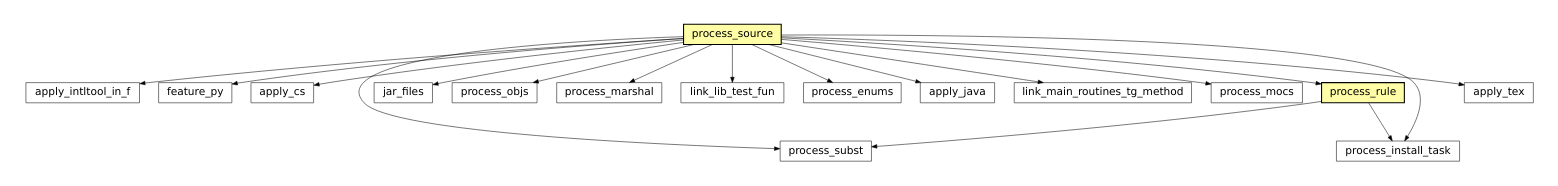
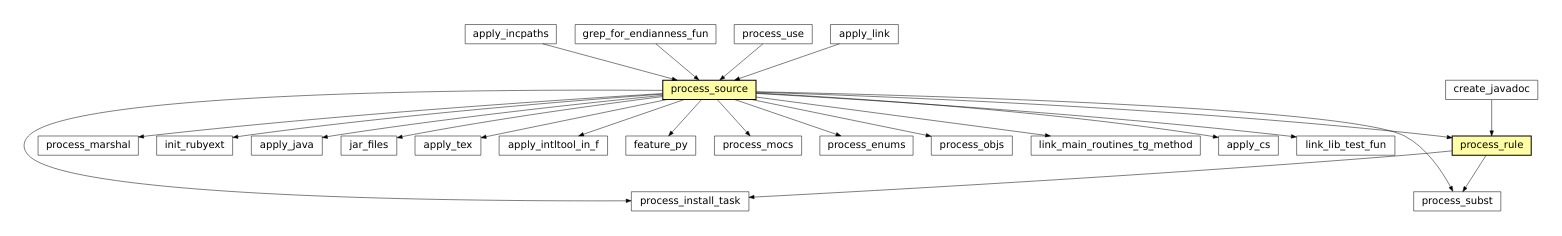
The first of 45 diagrams in docs/sphinx/featuremap.rst (electronicvisions/waf), drawn with Graphviz before and after one commit. The commit also changed other lines of this file and 1 other file, not shown here.

Commit message:
Show all connections in the feature maps

```diff
--- a/docs/sphinx/featuremap.rst
+++ b/docs/sphinx/featuremap.rst
@@ -10,38 +10,50 @@
 .. graphviz::
 
 	digraph feature_all {
 		size="8.0, 12.0";
-		apply_intltool_in_f [style="setlinewidth(0.5)",URL="tools/intltool.html#waflib.Tools.intltool.apply_intltool_in_f",target="_top",fontname="Vera Sans, DejaVu Sans, Liberation Sans, Arial, Helvetica, sans",height=0.25,shape="rectangle",fontsize=10];
-		feature_py [style="setlinewidth(0.5)",URL="tools/python.html#waflib.Tools.python.feature_py",target="_top",fontname="Vera Sans, DejaVu Sans, Liberation Sans, Arial, Helvetica, sans",height=0.25,shape="rectangle",fontsize=10];
-		apply_cs [style="setlinewidth(0.5)",URL="tools/cs.html#waflib.Tools.cs.apply_cs",target="_top",fontname="Vera Sans, DejaVu Sans, Liberation Sans, Arial, Helvetica, sans",height=0.25,shape="rectangle",fontsize=10];
-		process_source [style="setlinewidth(0.5)",URL="TaskGen.html#waflib.TaskGen.process_source",target="_top",fontname="Vera Sans, DejaVu Sans, Liberation Sans, Arial, Helvetica, sans",height=0.25,shape="rectangle",fontsize=10,fillcolor="#fffea6",style=filled];
-		process_rule [style="setlinewidth(0.5)",URL="TaskGen.html#waflib.TaskGen.process_rule",target="_top",fontname="Vera Sans, DejaVu Sans, Liberation Sans, Arial, Helvetica, sans",height=0.25,shape="rectangle",fontsize=10,fillcolor="#fffea6",style=filled];
-		jar_files [style="setlinewidth(0.5)",URL="tools/javaw.html#waflib.Tools.javaw.jar_files",target="_top",fontname="Vera Sans, DejaVu Sans, Liberation Sans, Arial, Helvetica, sans",height=0.25,shape="rectangle",fontsize=10];
-		process_objs [style="setlinewidth(0.5)",URL="tools/ccroot.html#waflib.Tools.ccroot.process_objs",target="_top",fontname="Vera Sans, DejaVu Sans, Liberation Sans, Arial, Helvetica, sans",height=0.25,shape="rectangle",fontsize=10];
-		process_marshal [style="setlinewidth(0.5)",URL="tools/glib2.html#waflib.Tools.glib2.process_marshal",target="_top",fontname="Vera Sans, DejaVu Sans, Liberation Sans, Arial, Helvetica, sans",height=0.25,shape="rectangle",fontsize=10];
-		link_lib_test_fun [style="setlinewidth(0.5)",URL="tools/c_tests.html#waflib.Tools.c_tests.link_lib_test_fun",target="_top",fontname="Vera Sans, DejaVu Sans, Liberation Sans, Arial, Helvetica, sans",height=0.25,shape="rectangle",fontsize=10];
-		process_enums [style="setlinewidth(0.5)",URL="tools/glib2.html#waflib.Tools.glib2.process_enums",target="_top",fontname="Vera Sans, DejaVu Sans, Liberation Sans, Arial, Helvetica, sans",height=0.25,shape="rectangle",fontsize=10];
-		apply_java [style="setlinewidth(0.5)",URL="tools/javaw.html#waflib.Tools.javaw.apply_java",target="_top",fontname="Vera Sans, DejaVu Sans, Liberation Sans, Arial, Helvetica, sans",height=0.25,shape="rectangle",fontsize=10];
-		link_main_routines_tg_method [style="setlinewidth(0.5)",URL="tools/fc_config.html#waflib.Tools.fc_config.link_main_routines_tg_method",target="_top",fontname="Vera Sans, DejaVu Sans, Liberation Sans, Arial, Helvetica, sans",height=0.25,shape="rectangle",fontsize=10];
-		process_mocs [style="setlinewidth(0.5)",URL="tools/qt5.html#waflib.Tools.qt5.process_mocs",target="_top",fontname="Vera Sans, DejaVu Sans, Liberation Sans, Arial, Helvetica, sans",height=0.25,shape="rectangle",fontsize=10];
-		process_subst [style="setlinewidth(0.5)",URL="TaskGen.html#waflib.TaskGen.process_subst",target="_top",fontname="Vera Sans, DejaVu Sans, Liberation Sans, Arial, Helvetica, sans",height=0.25,shape="rectangle",fontsize=10];
-		process_install_task [style="setlinewidth(0.5)",URL="Build.html#waflib.Build.process_install_task",target="_top",fontname="Vera Sans, DejaVu Sans, Liberation Sans, Arial, Helvetica, sans",height=0.25,shape="rectangle",fontsize=10];
-		apply_tex [style="setlinewidth(0.5)",URL="tools/tex.html#waflib.Tools.tex.apply_tex",target="_top",fontname="Vera Sans, DejaVu Sans, Liberation Sans, Arial, Helvetica, sans",height=0.25,shape="rectangle",fontsize=10];
-		"process_rule" -> "process_subst" [arrowsize=0.5,style="setlinewidth(0.5)"];
-		"process_rule" -> "process_install_task" [arrowsize=0.5,style="setlinewidth(0.5)"];
+		"apply_incpaths" [style="setlinewidth(0.5)",URL="tools/ccroot.html#waflib.Tools.ccroot.apply_incpaths",target="_top",fontname="Vera Sans, DejaVu Sans, Liberation Sans, Arial, Helvetica, sans",height=0.25,shape="rectangle",fontsize=10];
+		"grep_for_endianness_fun" [style="setlinewidth(0.5)",URL="tools/c_tests.html#waflib.Tools.c_tests.grep_for_endianness_fun",target="_top",fontname="Vera Sans, DejaVu Sans, Liberation Sans, Arial, Helvetica, sans",height=0.25,shape="rectangle",fontsize=10];
+		"link_lib_test_fun" [style="setlinewidth(0.5)",URL="tools/c_tests.html#waflib.Tools.c_tests.link_lib_test_fun",target="_top",fontname="Vera Sans, DejaVu Sans, Liberation Sans, Arial, Helvetica, sans",height=0.25,shape="rectangle",fontsize=10];
+		"process_install_task" [style="setlinewidth(0.5)",URL="Build.html#waflib.Build.process_install_task",target="_top",fontname="Vera Sans, DejaVu Sans, Liberation Sans, Arial, Helvetica, sans",height=0.25,shape="rectangle",fontsize=10];
+		"process_use" [style="setlinewidth(0.5)",URL="tools/ccroot.html#waflib.Tools.ccroot.process_use",target="_top",fontname="Vera Sans, DejaVu Sans, Liberation Sans, Arial, Helvetica, sans",height=0.25,shape="rectangle",fontsize=10];
+		"create_javadoc" [style="setlinewidth(0.5)",URL="tools/javaw.html#waflib.Tools.javaw.create_javadoc",target="_top",fontname="Vera Sans, DejaVu Sans, Liberation Sans, Arial, Helvetica, sans",height=0.25,shape="rectangle",fontsize=10];
+		"process_subst" [style="setlinewidth(0.5)",URL="TaskGen.html#waflib.TaskGen.process_subst",target="_top",fontname="Vera Sans, DejaVu Sans, Liberation Sans, Arial, Helvetica, sans",height=0.25,shape="rectangle",fontsize=10];
+		"apply_link" [style="setlinewidth(0.5)",URL="tools/ccroot.html#waflib.Tools.ccroot.apply_link",target="_top",fontname="Vera Sans, DejaVu Sans, Liberation Sans, Arial, Helvetica, sans",height=0.25,shape="rectangle",fontsize=10];
+		"process_marshal" [style="setlinewidth(0.5)",URL="tools/glib2.html#waflib.Tools.glib2.process_marshal",target="_top",fontname="Vera Sans, DejaVu Sans, Liberation Sans, Arial, Helvetica, sans",height=0.25,shape="rectangle",fontsize=10];
+		"init_rubyext" [style="setlinewidth(0.5)",URL="tools/ruby.html#waflib.Tools.ruby.init_rubyext",target="_top",fontname="Vera Sans, DejaVu Sans, Liberation Sans, Arial, Helvetica, sans",height=0.25,shape="rectangle",fontsize=10];
+		"apply_java" [style="setlinewidth(0.5)",URL="tools/javaw.html#waflib.Tools.javaw.apply_java",target="_top",fontname="Vera Sans, DejaVu Sans, Liberation Sans, Arial, Helvetica, sans",height=0.25,shape="rectangle",fontsize=10];
+		"jar_files" [style="setlinewidth(0.5)",URL="tools/javaw.html#waflib.Tools.javaw.jar_files",target="_top",fontname="Vera Sans, DejaVu Sans, Liberation Sans, Arial, Helvetica, sans",height=0.25,shape="rectangle",fontsize=10];
+		"apply_tex" [style="setlinewidth(0.5)",URL="tools/tex.html#waflib.Tools.tex.apply_tex",target="_top",fontname="Vera Sans, DejaVu Sans, Liberation Sans, Arial, Helvetica, sans",height=0.25,shape="rectangle",fontsize=10];
+		"apply_intltool_in_f" [style="setlinewidth(0.5)",URL="tools/intltool.html#waflib.Tools.intltool.apply_intltool_in_f",target="_top",fontname="Vera Sans, DejaVu Sans, Liberation Sans, Arial, Helvetica, sans",height=0.25,shape="rectangle",fontsize=10];
+		"process_source" [style="setlinewidth(0.5)",URL="TaskGen.html#waflib.TaskGen.process_source",target="_top",fontname="Vera Sans, DejaVu Sans, Liberation Sans, Arial, Helvetica, sans",height=0.25,shape="rectangle",fontsize=10,fillcolor="#fffea6",style=filled];
+		"feature_py" [style="setlinewidth(0.5)",URL="tools/python.html#waflib.Tools.python.feature_py",target="_top",fontname="Vera Sans, DejaVu Sans, Liberation Sans, Arial, Helvetica, sans",height=0.25,shape="rectangle",fontsize=10];
+		"process_mocs" [style="setlinewidth(0.5)",URL="tools/qt5.html#waflib.Tools.qt5.process_mocs",target="_top",fontname="Vera Sans, DejaVu Sans, Liberation Sans, Arial, Helvetica, sans",height=0.25,shape="rectangle",fontsize=10];
+		"process_rule" [style="setlinewidth(0.5)",URL="TaskGen.html#waflib.TaskGen.process_rule",target="_top",fontname="Vera Sans, DejaVu Sans, Liberation Sans, Arial, Helvetica, sans",height=0.25,shape="rectangle",fontsize=10,fillcolor="#fffea6",style=filled];
+		"process_enums" [style="setlinewidth(0.5)",URL="tools/glib2.html#waflib.Tools.glib2.process_enums",target="_top",fontname="Vera Sans, DejaVu Sans, Liberation Sans, Arial, Helvetica, sans",height=0.25,shape="rectangle",fontsize=10];
+		"process_objs" [style="setlinewidth(0.5)",URL="tools/ccroot.html#waflib.Tools.ccroot.process_objs",target="_top",fontname="Vera Sans, DejaVu Sans, Liberation Sans, Arial, Helvetica, sans",height=0.25,shape="rectangle",fontsize=10];
+		"link_main_routines_tg_method" [style="setlinewidth(0.5)",URL="tools/fc_config.html#waflib.Tools.fc_config.link_main_routines_tg_method",target="_top",fontname="Vera Sans, DejaVu Sans, Liberation Sans, Arial, Helvetica, sans",height=0.25,shape="rectangle",fontsize=10];
+		"apply_cs" [style="setlinewidth(0.5)",URL="tools/cs.html#waflib.Tools.cs.apply_cs",target="_top",fontname="Vera Sans, DejaVu Sans, Liberation Sans, Arial, Helvetica, sans",height=0.25,shape="rectangle",fontsize=10];
+		"apply_incpaths" -> "process_source" [arrowsize=0.5,style="setlinewidth(0.5)"];
+		"process_use" -> "process_source" [arrowsize=0.5,style="setlinewidth(0.5)"];
+		"create_javadoc" -> "process_rule" [arrowsize=0.5,style="setlinewidth(0.5)"];
 		"process_source" -> "process_rule" [arrowsize=0.5,style="setlinewidth(0.5)"];
 		"process_source" -> "process_subst" [arrowsize=0.5,style="setlinewidth(0.5)"];
 		"process_source" -> "process_install_task" [arrowsize=0.5,style="setlinewidth(0.5)"];
 		"process_source" -> "link_lib_test_fun" [arrowsize=0.5,style="setlinewidth(0.5)"];
 		"process_source" -> "process_objs" [arrowsize=0.5,style="setlinewidth(0.5)"];
 		"process_source" -> "link_main_routines_tg_method" [arrowsize=0.5,style="setlinewidth(0.5)"];
 		"process_source" -> "apply_tex" [arrowsize=0.5,style="setlinewidth(0.5)"];
 		"process_source" -> "apply_java" [arrowsize=0.5,style="setlinewidth(0.5)"];
 		"process_source" -> "jar_files" [arrowsize=0.5,style="setlinewidth(0.5)"];
+		"process_source" -> "init_rubyext" [arrowsize=0.5,style="setlinewidth(0.5)"];
 		"process_source" -> "process_marshal" [arrowsize=0.5,style="setlinewidth(0.5)"];
 		"process_source" -> "process_enums" [arrowsize=0.5,style="setlinewidth(0.5)"];
 		"process_source" -> "process_mocs" [arrowsize=0.5,style="setlinewidth(0.5)"];
 		"process_source" -> "feature_py" [arrowsize=0.5,style="setlinewidth(0.5)"];
 		"process_source" -> "apply_intltool_in_f" [arrowsize=0.5,style="setlinewidth(0.5)"];
 		"process_source" -> "apply_cs" [arrowsize=0.5,style="setlinewidth(0.5)"];
+		"apply_link" -> "process_source" [arrowsize=0.5,style="setlinewidth(0.5)"];
+		"grep_for_endianness_fun" -> "process_source" [arrowsize=0.5,style="setlinewidth(0.5)"];
+		"process_rule" -> "process_subst" [arrowsize=0.5,style="setlinewidth(0.5)"];
+		"process_rule" -> "process_install_task" [arrowsize=0.5,style="setlinewidth(0.5)"];
 	}
```
